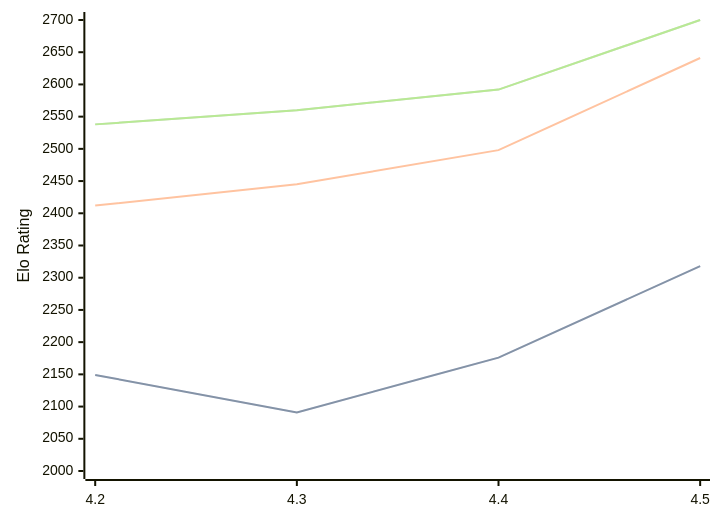
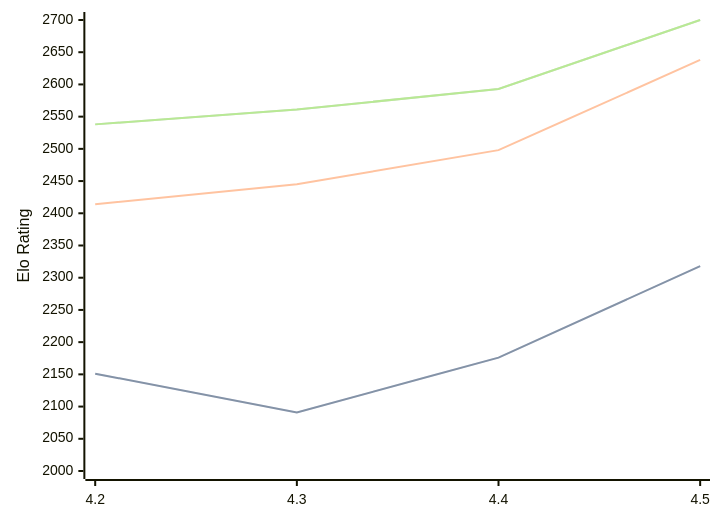
Before and after one commit to computer-chess-index/cci: the first of 3 diagrams in engines/Eubos.md, drawn with Mermaid. The commit also changed other lines of this file, not shown here.

Commit message:
Update CCI Ratings (ELO VLTC) - 2026-07-08

````diff
--- a/engines/Eubos.md
+++ b/engines/Eubos.md
@@ -90,11 +90,11 @@
 ```mermaid
 %%{init: {"theme":"base","themeVariables":{"seriesColors:['#a3a3a3','#222221','#faa371']}}}%%
 xychart-beta
   x-axis ["4.2", "4.3", "4.4", "4.5"]
   y-axis "Elo Rating" 2000 --> 2700
-  line "STC (8.0+0.08s)" [2149, 2091, 2176, 2318]
-  line "STC (8.0+0.08s)" [2149, 2091, 2176, 2318]
-  line "LTC (60.0+0.60s)" [2412, 2445, 2498, 2641]
-  line "VLTC (2m24s+1.12s)" [2538, 2560, 2592, 2700]
-  line "VLTC (2m24s+1.12s)" [2538, 2560, 2592, 2700]
+  line "STC (8.0+0.08s)" [2151, 2091, 2176, 2318]
+  line "STC (8.0+0.08s)" [2151, 2091, 2176, 2318]
+  line "LTC (60.0+0.60s)" [2414, 2445, 2498, 2638]
+  line "VLTC (2m24s+1.12s)" [2538, 2561, 2593, 2700]
+  line "VLTC (2m24s+1.12s)" [2538, 2561, 2593, 2700]
 ```
````
